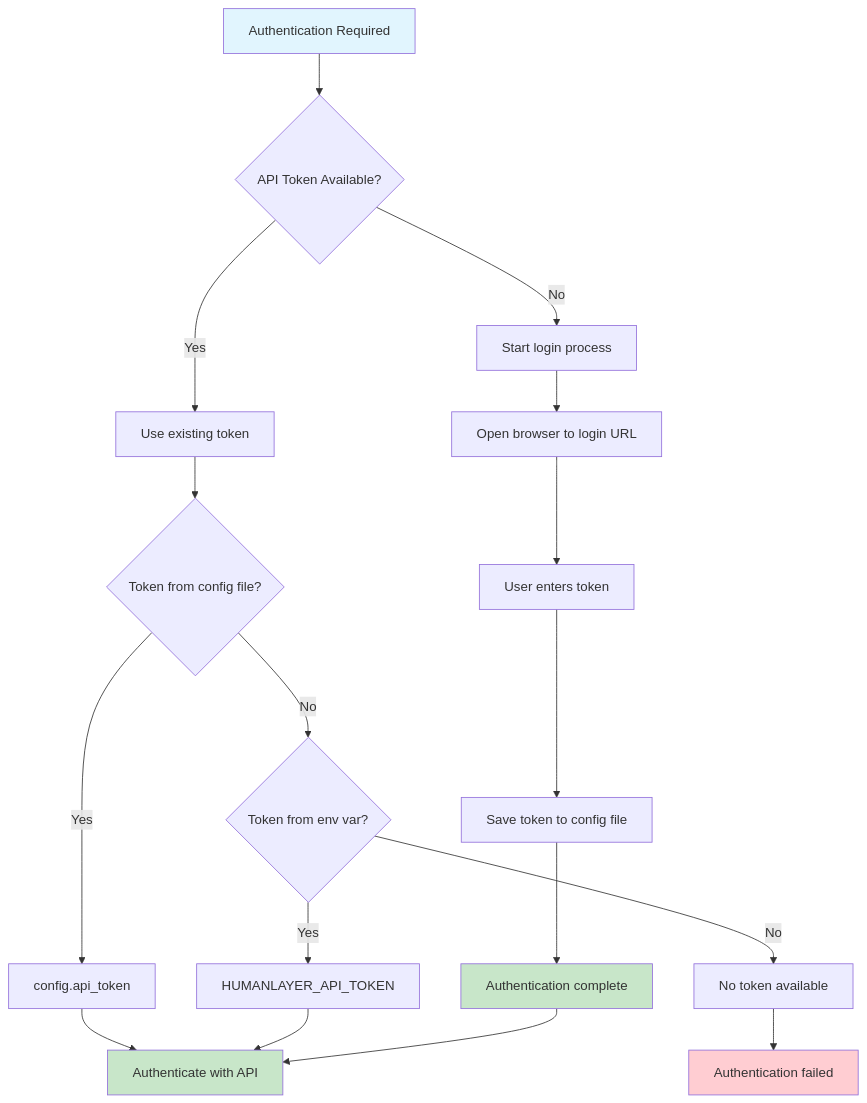
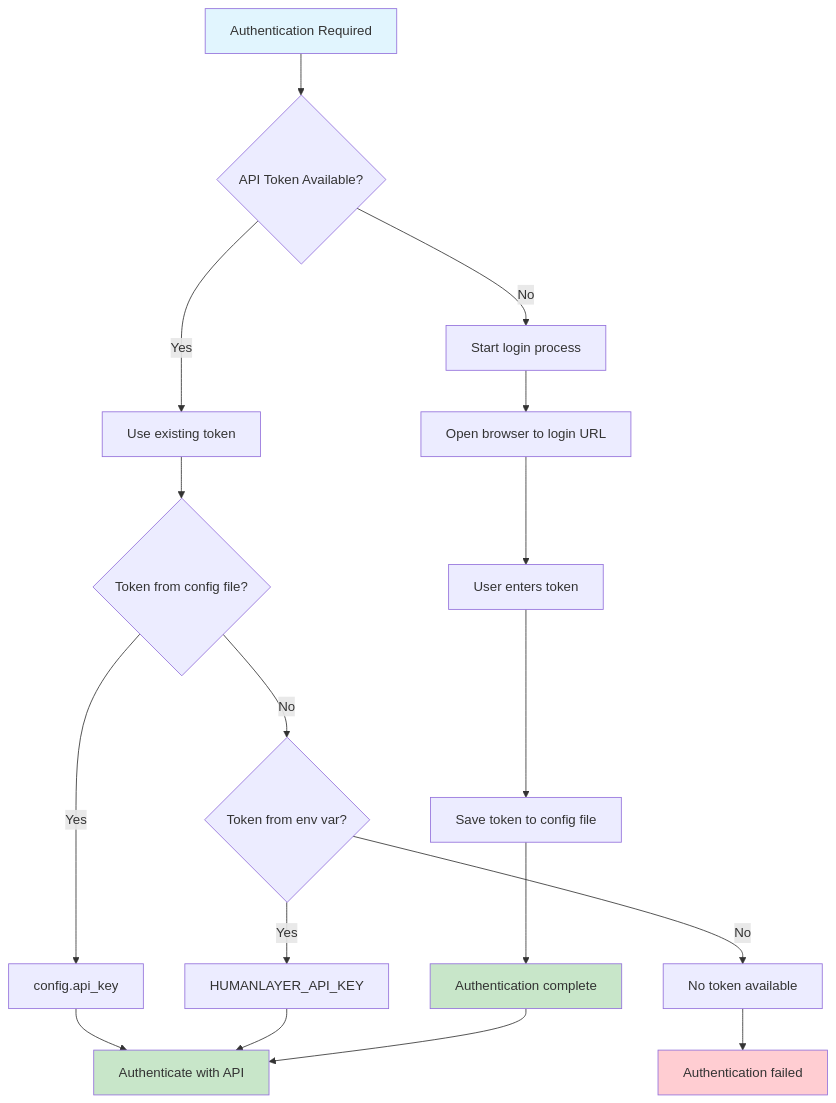
Before and after one commit to humanlayer/humanlayer: the fourth of 4 diagrams in hlyr/config.md, drawn with Mermaid. The commit also changed other lines of this file and 16 other files, not shown here.

First line of the commit message:
refactor: standardize API key configuration and environment variables

````diff
--- a/hlyr/config.md
+++ b/hlyr/config.md
@@ -103,27 +103,27 @@
 ```mermaid
 flowchart TD
     A[Authentication Required] --> B{API Token Available?}
     B -->|Yes| C[Use existing token]
     B -->|No| D[Start login process]
 
     C --> E{Token from config file?}
-    E -->|Yes| F[config.api_token]
+    E -->|Yes| F[config.api_key]
     E -->|No| G{Token from env var?}
-    G -->|Yes| H[HUMANLAYER_API_TOKEN]
+    G -->|Yes| H[HUMANLAYER_API_KEY]
     G -->|No| I[No token available]
 
     D --> J[Open browser to login URL]
     J --> K[User enters token]
     K --> L[Save token to config file]
     L --> M[Authentication complete]
 
     F --> N[Authenticate with API]
     H --> N
     I --> O[Authentication failed]
     M --> N
 
     style A fill:#e1f5fe
     style M fill:#c8e6c9
     style N fill:#c8e6c9
     style O fill:#ffcdd2
 ```
````
